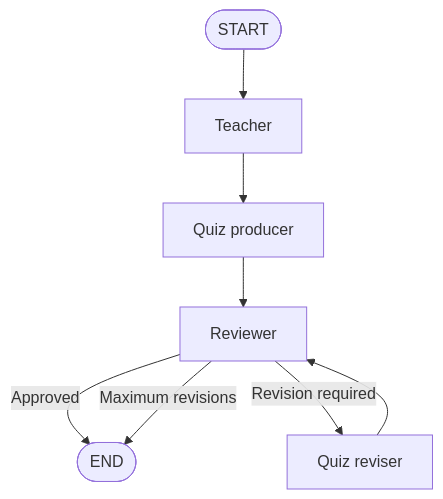
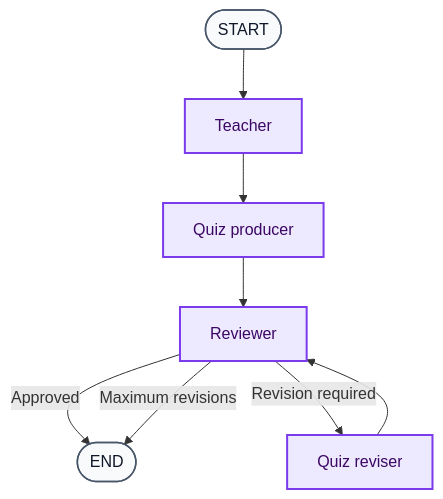
The eighth of 20 diagrams in docs/ARCHITECTURE.md (anne500/multi-agent-study-guide), drawn with Mermaid before and after one commit. The commit also changed other lines of this file and 7 other files, not shown here.

Commit message:
Add visual learning map and color-coded architecture documentation

````diff
--- a/docs/ARCHITECTURE.md
+++ b/docs/ARCHITECTURE.md
@@ -141,10 +190,14 @@
 ```mermaid
 flowchart TD
     A([START]) --> B[Teacher]
     B --> C[Quiz producer]
     C --> D[Reviewer]
     D -->|Approved| E([END])
     D -->|Revision required| F[Quiz reviser]
     F --> D
     D -->|Maximum revisions| E
+
+    classDef default fill:#F8FAFC,stroke:#475569,color:#0F172A,stroke-width:1.5px;
+    classDef model fill:#EDE9FE,stroke:#7C3AED,color:#3B0764,stroke-width:2px;
+    class B,C,D,F model;
 ```
````
